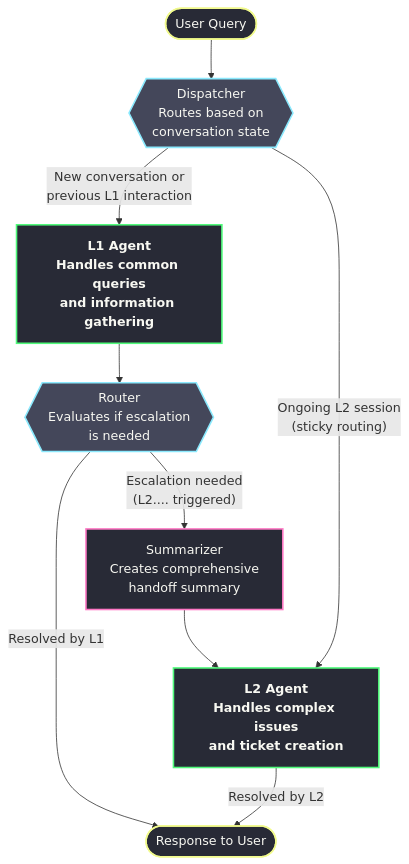
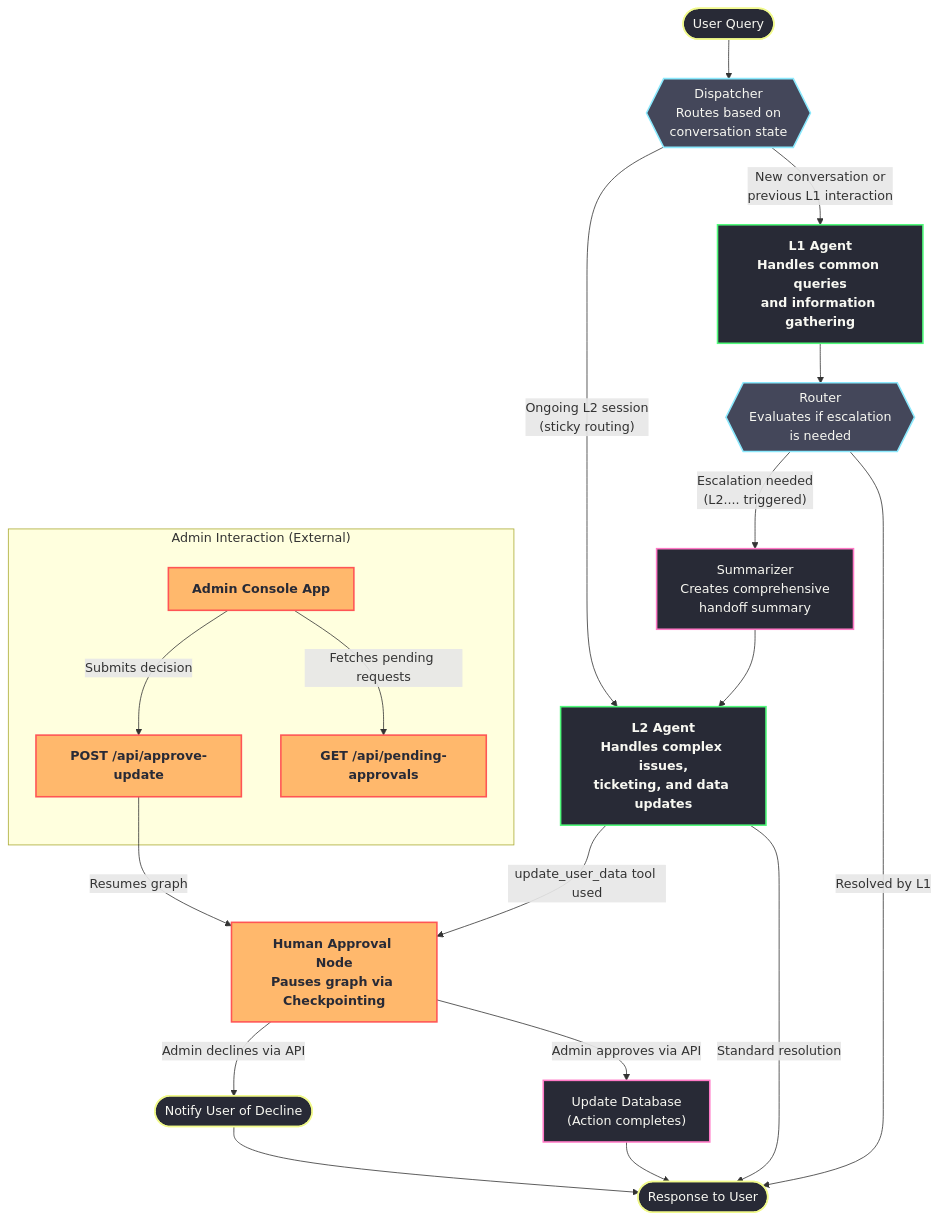
Before and after one commit to AbhaySolanki007/Insurance-helpdesk: the diagram in README.md, drawn with Mermaid. The commit also changed other lines of this file and 2 other files, not shown here.

Commit message:
asyncing the langsmith-analytics

````diff
--- a/README.md
+++ b/README.md
@@ -23,27 +24,41 @@
 ```mermaid
 graph TD
     Start(["User Query"]) --> Dispatcher{{"Dispatcher<br/>Routes based on<br/>conversation state"}}
     
     Dispatcher -->|"New conversation or<br/>previous L1 interaction"| L1["L1 Agent<br/>Handles common queries<br/>and information gathering"]
     
-    Dispatcher -->|"Ongoing L2 session<br/>(sticky routing)"| L2["L2 Agent<br/>Handles complex issues<br/>and ticket creation"]
+    Dispatcher -->|"Ongoing L2 session<br/>(sticky routing)"| L2["L2 Agent<br/>Handles complex issues,<br/>ticketing, and data updates"]
     
     L1 --> Router{{"Router<br/>Evaluates if escalation<br/>is needed"}}
     
     Router -->|"Resolved by L1"| End(["Response to User"])
     Router -->|"Escalation needed<br/>(L2.... triggered)"| Summarizer["Summarizer<br/>Creates comprehensive<br/>handoff summary"]
     
     Summarizer --> L2
-    L2 -->|"Resolved by L2"| End
     
+    L2 -->|"Standard resolution"| End
+    L2 -->|"update_user_data tool used"| HITL["Human Approval Node<br/>Pauses graph via Checkpointing"]
+    
+    HITL -->|"Admin approves via API"| UpdateDB["Update Database<br/>(Action completes)"] --> End
+    HITL -->|"Admin declines via API"| Decline(["Notify User of Decline"]) --> End
+
+    subgraph "Admin Interaction (External)"
+        AdminConsole["Admin Console App"] -- "Fetches pending requests" --> API_Get["GET /api/pending-approvals"]
+        AdminConsole -- "Submits decision" --> API_Post["POST /api/approve-update"]
+    end
+    
+    API_Post -- "Resumes graph" --> HITL
+
     %% Styling
     classDef nodeStyle fill:#282a36,stroke:#ff79c6,stroke-width:2px,color:#f8f8f2
     classDef decisionStyle fill:#44475a,stroke:#8be9fd,stroke-width:2px,color:#f8f8f2
     classDef agentStyle fill:#282a36,stroke:#50fa7b,stroke-width:2px,color:#f8f8f2,font-weight:bold
     classDef ioStyle fill:#282a36,stroke:#f1fa8c,stroke-width:2px,color:#f8f8f2
+    classDef hitlStyle fill:#ffb86c,stroke:#ff5555,stroke-width:2px,color:#282a36,font-weight:bold
 
-    class Start,End ioStyle
+    class Start,End,Decline ioStyle
     class L1,L2 agentStyle
     class Dispatcher,Router decisionStyle
-    class Summarizer nodeStyle
+    class Summarizer,UpdateDB nodeStyle
+    class HITL,AdminConsole,API_Get,API_Post hitlStyle
 ```
````
